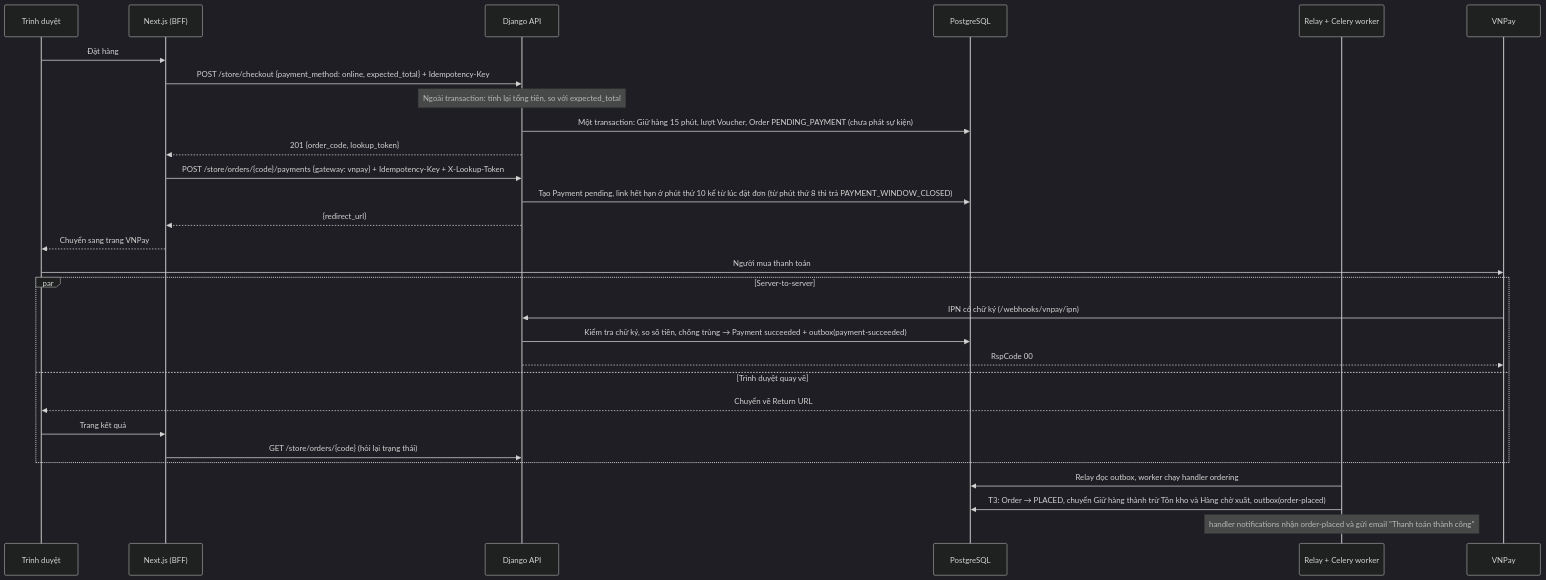
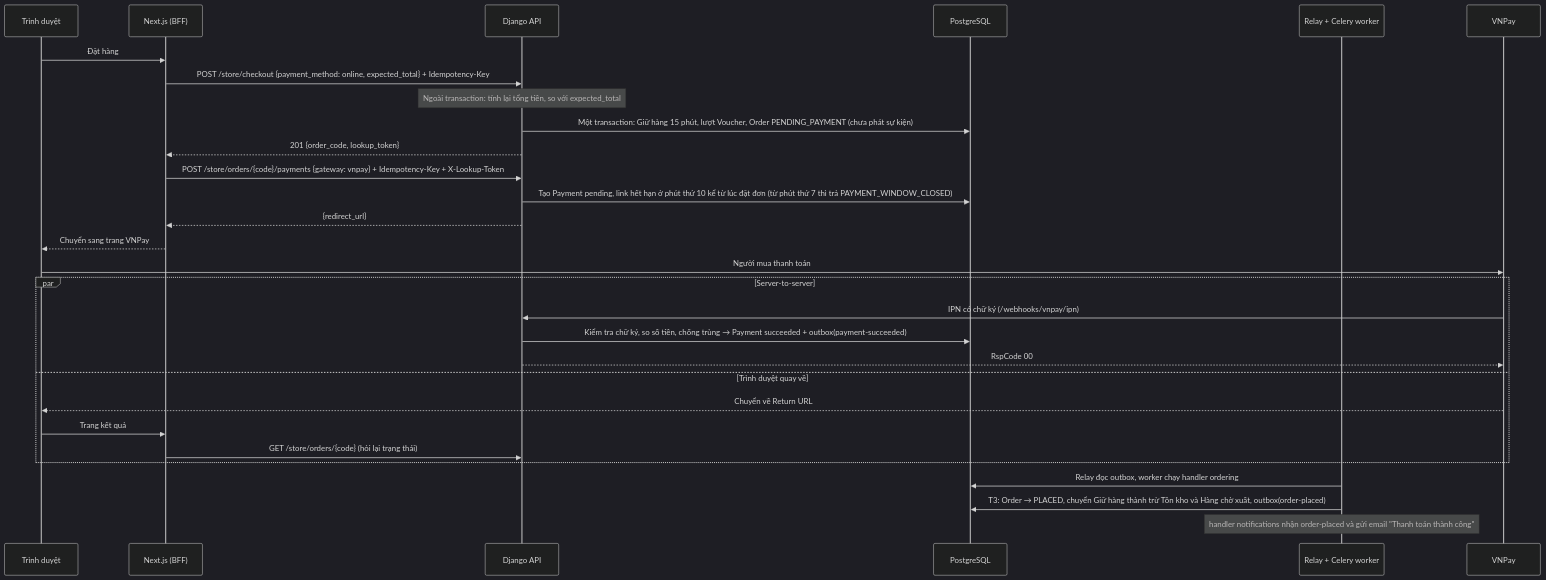
The fourth of 4 diagrams in docs/architecture/01-system-context.md (LuongCongThanh/boilerplate-ecommerce-next-16), drawn with Mermaid (dark theme) before and after one commit. The commit also changed other lines of this file and 10 other files, not shown here.

````diff
--- a/docs/architecture/01-system-context.md
+++ b/docs/architecture/01-system-context.md
@@ -145,32 +145,32 @@
 ```mermaid
 sequenceDiagram
     participant B as Trình duyệt
     participant N as Next.js (BFF)
     participant API as Django API
     participant DB as PostgreSQL
     participant R as Relay + Celery worker
     participant V as VNPay
 
     B->>N: Đặt hàng
     N->>API: POST /store/checkout {payment_method: online, expected_total} + Idempotency-Key
     Note over API: Ngoài transaction: tính lại tổng tiền, so với expected_total
     API->>DB: Một transaction: Giữ hàng 15 phút, lượt Voucher, Order PENDING_PAYMENT (chưa phát sự kiện)
     API-->>N: 201 {order_code, lookup_token}
     N->>API: POST /store/orders/{code}/payments {gateway: vnpay} + Idempotency-Key + X-Lookup-Token
-    API->>DB: Tạo Payment pending, link hết hạn ở phút thứ 10 kể từ lúc đặt đơn (từ phút thứ 8 thì trả PAYMENT_WINDOW_CLOSED)
+    API->>DB: Tạo Payment pending, link hết hạn ở phút thứ 10 kể từ lúc đặt đơn (từ phút thứ 7 thì trả PAYMENT_WINDOW_CLOSED)
     API-->>N: {redirect_url}
     N-->>B: Chuyển sang trang VNPay
     B->>V: Người mua thanh toán
     par Server-to-server
         V->>API: IPN có chữ ký (/webhooks/vnpay/ipn)
         API->>DB: Kiểm tra chữ ký, so số tiền, chống trùng → Payment succeeded + outbox(payment-succeeded)
         API-->>V: RspCode 00
     and Trình duyệt quay về
         V-->>B: Chuyển về Return URL
         B->>N: Trang kết quả
         N->>API: GET /store/orders/{code} (hỏi lại trạng thái)
     end
     R->>DB: Relay đọc outbox, worker chạy handler ordering
     R->>DB: T3: Order → PLACED, chuyển Giữ hàng thành trừ Tồn kho và Hàng chờ xuất, outbox(order-placed)
     Note over R: handler notifications nhận order-placed và gửi email "Thanh toán thành công"
 ```
````
